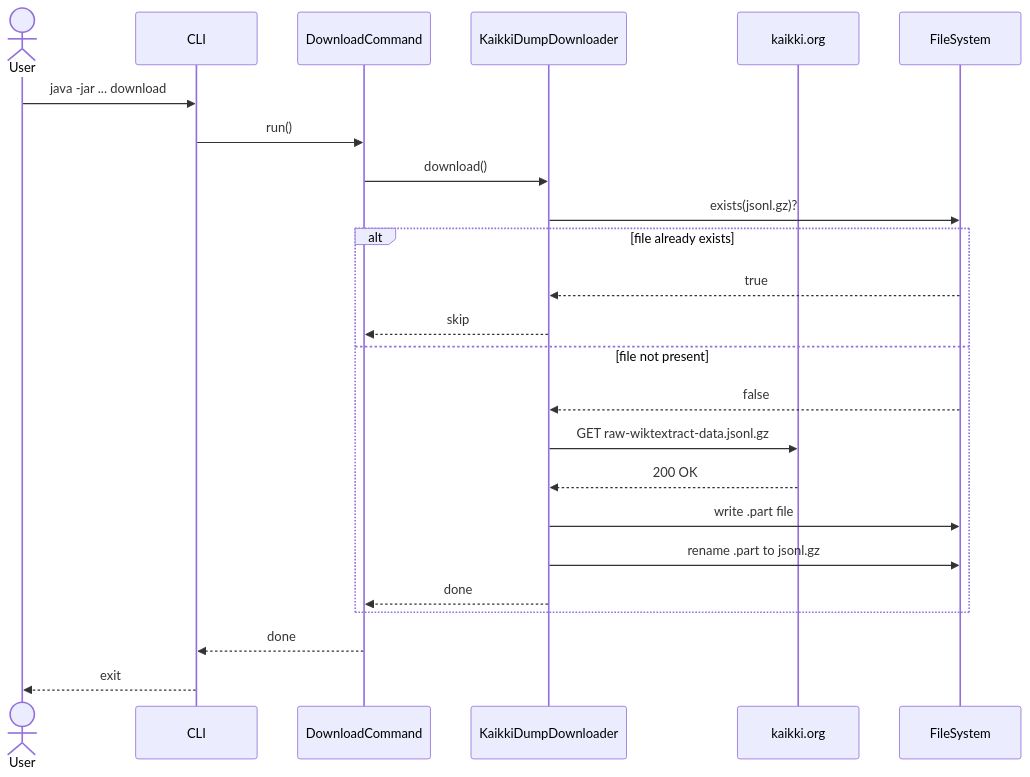
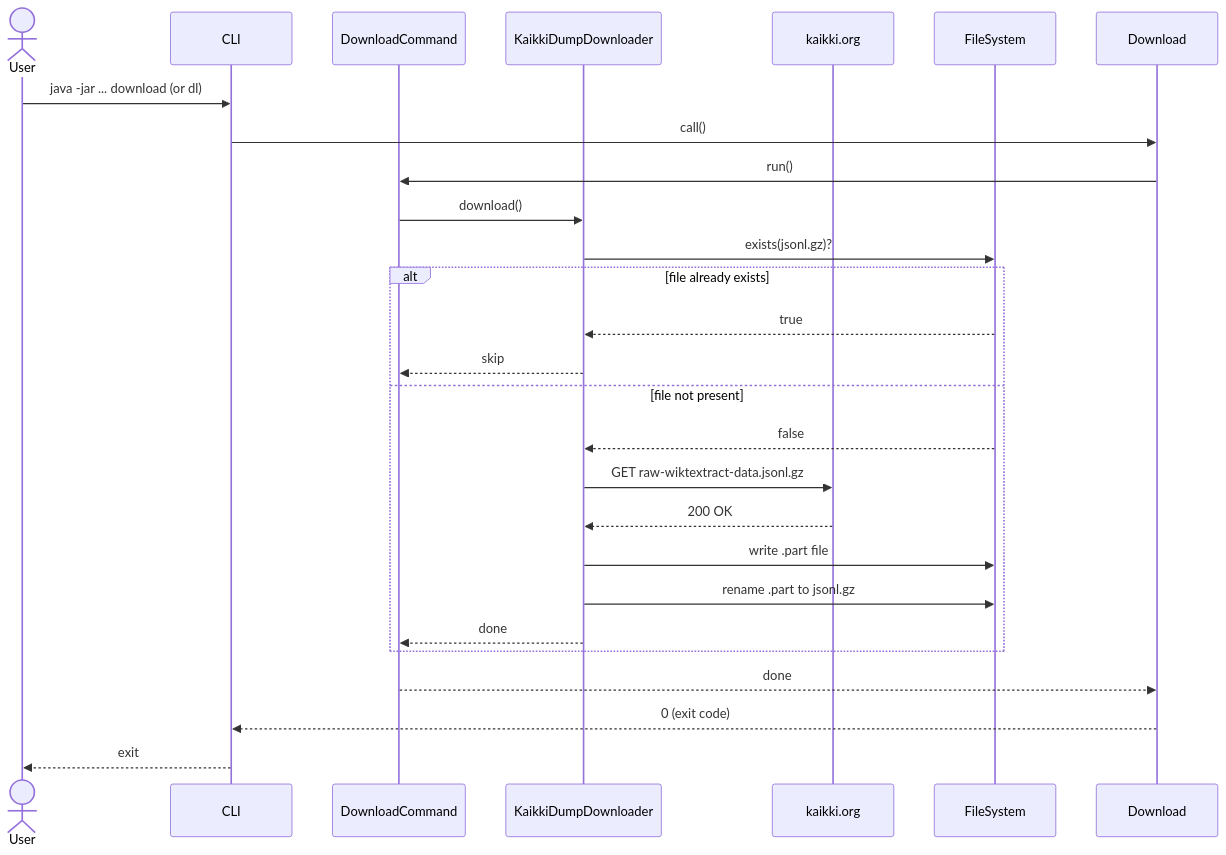
One commit to nyg/wiktionary-to-kindle changed the first of 2 diagrams in docs/program-flow.md. Above: the diagram before and after it, drawn with Mermaid. The commit also changed other lines of this file and 5 other files, not shown here.

````diff
--- a/docs/program-flow.md
+++ b/docs/program-flow.md
@@ -5,29 +5,31 @@
 ```mermaid
 sequenceDiagram
     actor User
     participant CLI
     participant DownloadCommand
     participant KaikkiDumpDownloader
     participant kaikkiorg as kaikki.org
     participant FileSystem
 
-    User->>CLI: java -jar ... download
-    CLI->>DownloadCommand: run()
+    User->>CLI: java -jar ... download (or dl)
+    CLI->>Download: call()
+    Download->>DownloadCommand: run()
     DownloadCommand->>KaikkiDumpDownloader: download()
     KaikkiDumpDownloader->>FileSystem: exists(jsonl.gz)?
 
     alt file already exists
         FileSystem-->>KaikkiDumpDownloader: true
         KaikkiDumpDownloader-->>DownloadCommand: skip
     else file not present
         FileSystem-->>KaikkiDumpDownloader: false
         KaikkiDumpDownloader->>kaikkiorg: GET raw-wiktextract-data.jsonl.gz
         kaikkiorg-->>KaikkiDumpDownloader: 200 OK
         KaikkiDumpDownloader->>FileSystem: write .part file
         KaikkiDumpDownloader->>FileSystem: rename .part to jsonl.gz
         KaikkiDumpDownloader-->>DownloadCommand: done
     end
 
-    DownloadCommand-->>CLI: done
+    DownloadCommand-->>Download: done
+    Download-->>CLI: 0 (exit code)
     CLI-->>User: exit
 ```
````
